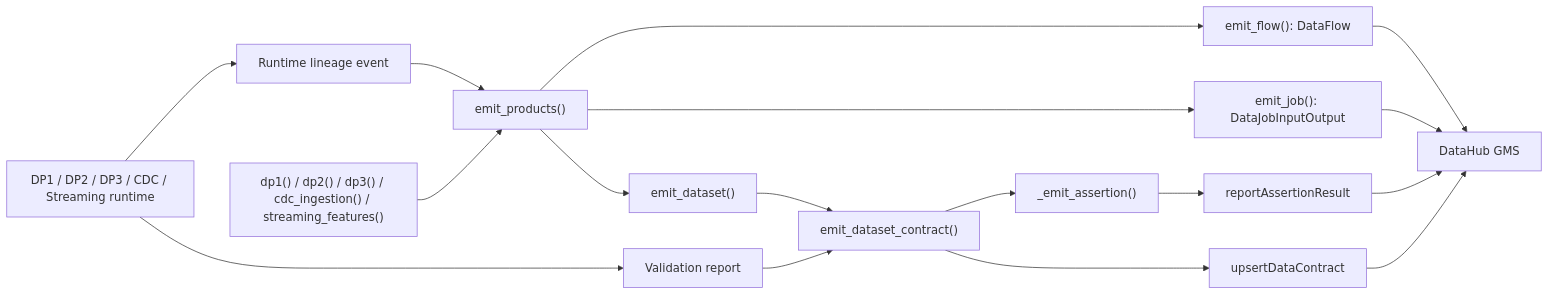
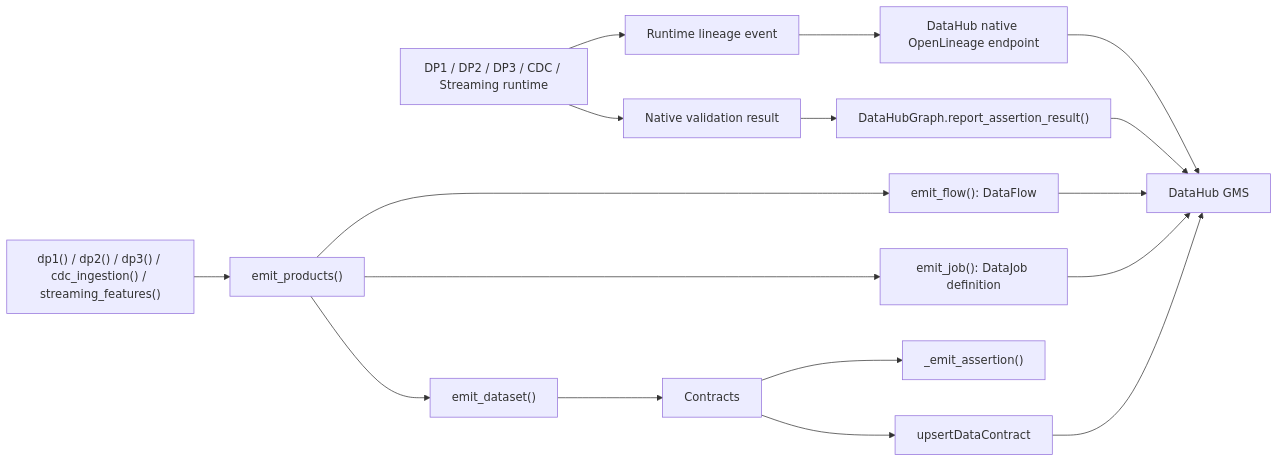
Before and after one commit to itsmekhoathekid/RecSys-MLops: the second of 2 diagrams in docs/submission/rubic-(mini-coursework)/data_governance.md, drawn with Mermaid. The commit also changed other lines of this file and 24 other files, not shown here.

Commit message:
refactor: use native DataHub governance and Hudi

````diff
--- a/docs/submission/rubic-(mini-coursework)/data_governance.md
+++ b/docs/submission/rubic-(mini-coursework)/data_governance.md
@@ -158,19 +146,19 @@
 ```mermaid
 flowchart LR
   Component["DP1 / DP2 / DP3 / CDC / Streaming runtime"] --> Runtime["Runtime lineage event"]
-  Component --> Validation["Validation report"]
+  Component --> Validation["Native validation result"]
   Catalog["dp1() / dp2() / dp3() / cdc_ingestion() / streaming_features()"] --> Products["emit_products()"]
-  Runtime --> Products
-  Validation --> Contracts["emit_dataset_contract()"]
+  Runtime --> OpenLineage["DataHub native OpenLineage endpoint"]
+  Validation --> Result["DataHubGraph.report_assertion_result()"]
   Products --> Flow["emit_flow(): DataFlow"]
-  Products --> Job["emit_job(): DataJobInputOutput"]
+  Products --> Job["emit_job(): DataJob definition"]
   Products --> Dataset["emit_dataset()"]
   Dataset --> Contracts
   Contracts --> Assertion["_emit_assertion()"]
-  Assertion --> Result["reportAssertionResult"]
   Contracts --> Contract["upsertDataContract"]
+  OpenLineage --> GMS
   Flow --> GMS["DataHub GMS"]
   Job --> GMS
   Result --> GMS
   Contract --> GMS
 ```
````
